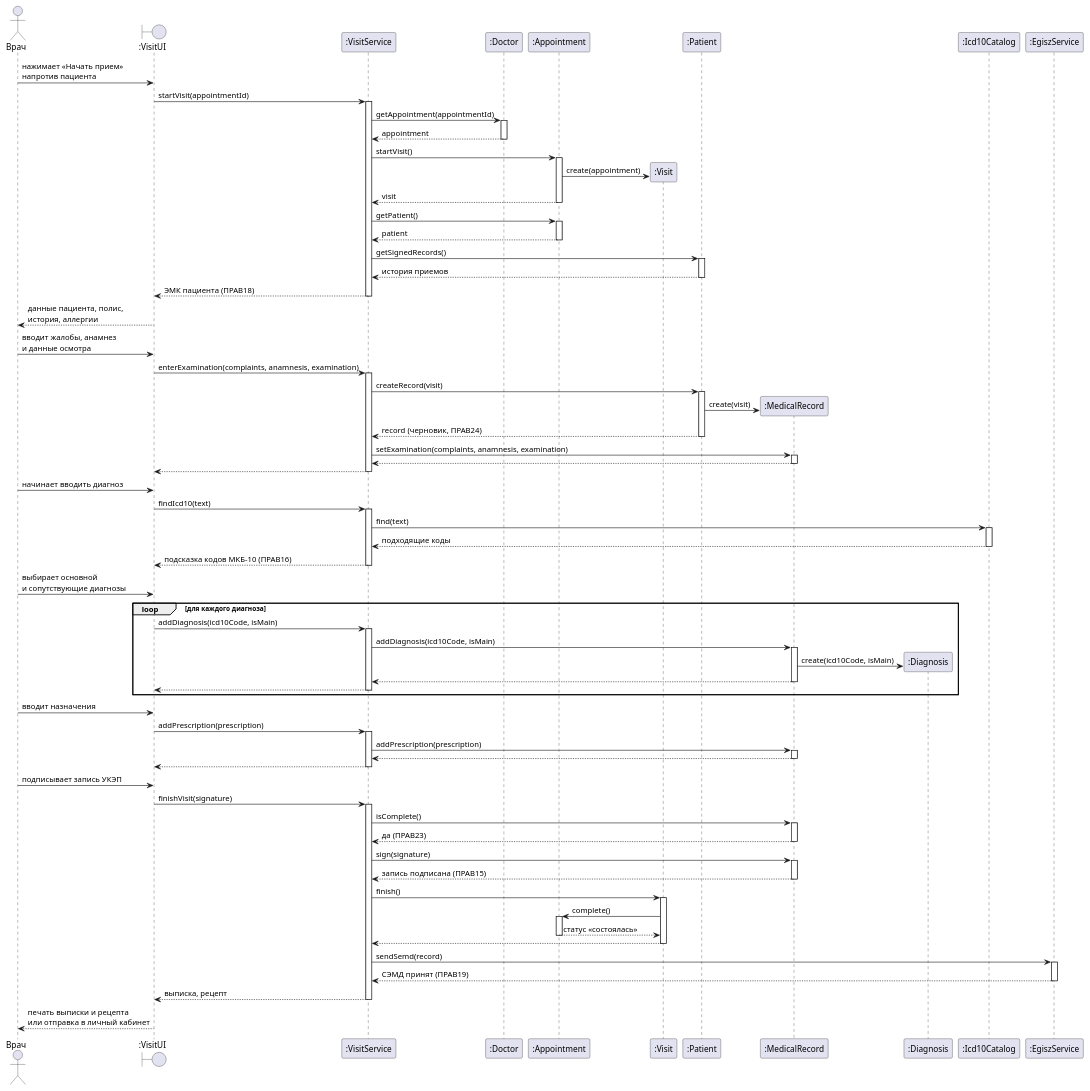
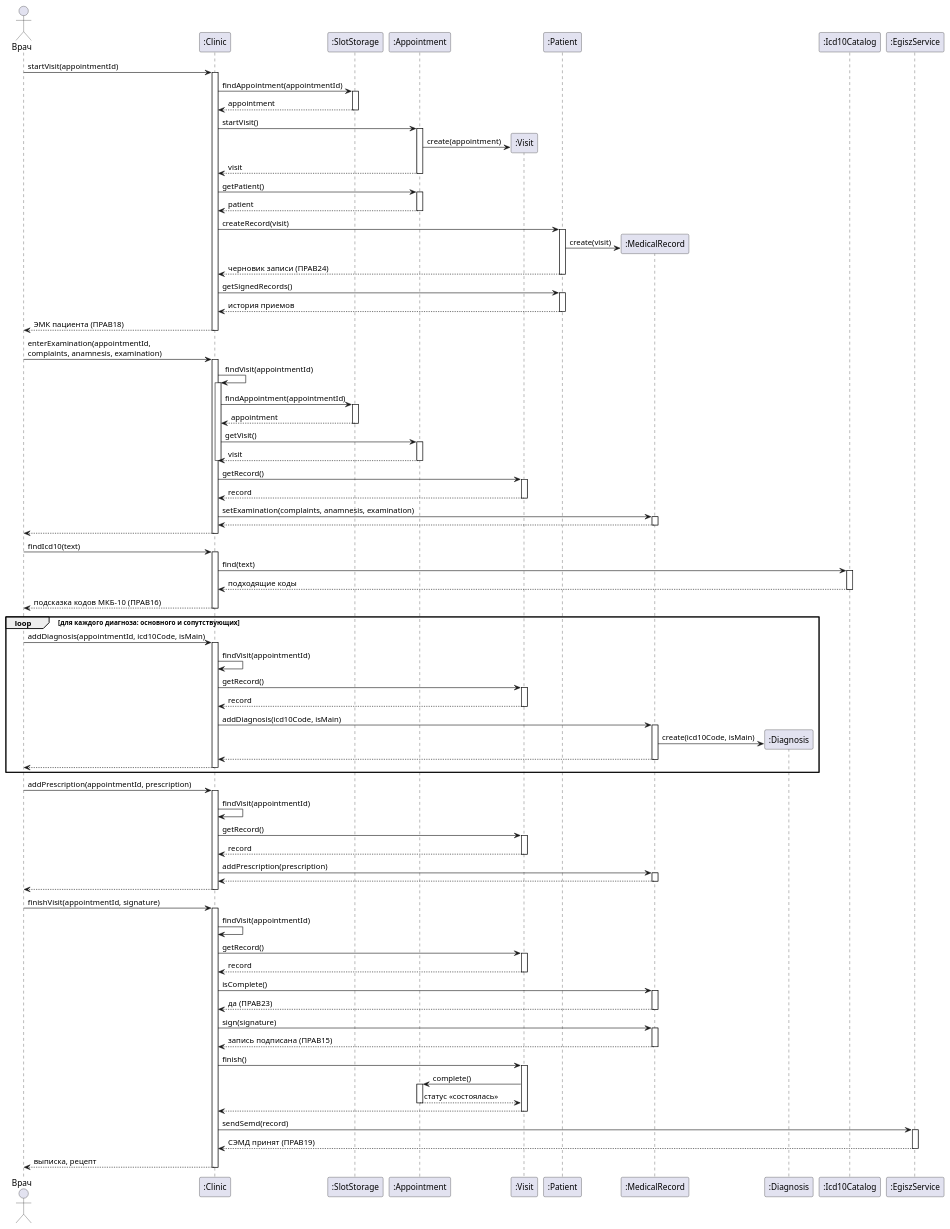
One commit to penamarth/bsbo-11-24_team3_var3_clinic changed the diagram in Прецеденты/Прием пациента и ведение медкарты/Диаграмма последовательности Прием пациента и ведение медкарты.md. Above: the diagram before and after it, drawn with PlantUML. The commit also changed other lines of this file and 1 other file, not shown here.

Commit message:
последовательность приема

````diff
--- a/Прецеденты/Прием пациента и ведение медкарты/Диаграмма последовательности Прием пациента и ведение медкарты.md
+++ b/Прецеденты/Прием пациента и ведение медкарты/Диаграмма последовательности Прием пациента и ведение медкарты.md
@@ -7,9 +7,8 @@
 ```plantuml
 @startuml visit-sequence
 actor Врач
-boundary ":VisitUI" as UI
-participant ":VisitService" as S
-participant ":Doctor" as D
+participant ":Clinic" as C
+participant ":SlotStorage" as SS
 participant ":Appointment" as A
 participant ":Visit" as V
 participant ":Patient" as P
@@ -18,63 +17,73 @@
 participant ":Icd10Catalog" as ICD
 participant ":EgiszService" as E
 
-Врач -> UI : нажимает «Начать прием»\nнапротив пациента
-UI -> S ++ : startVisit(appointmentId)
-S -> D ++ : getAppointment(appointmentId)
-D --> S -- : appointment
-S -> A ++ : startVisit()
+Врач -> C ++ : startVisit(appointmentId)
+C -> SS ++ : findAppointment(appointmentId)
+SS --> C -- : appointment
+C -> A ++ : startVisit()
 A -> V ** : create(appointment)
-A --> S -- : visit
-S -> A ++ : getPatient()
-A --> S -- : patient
-S -> P ++ : getSignedRecords()
-P --> S -- : история приемов
-S --> UI -- : ЭМК пациента (ПРАВ18)
-UI --> Врач : данные пациента, полис,\nистория, аллергии
+A --> C -- : visit
+C -> A ++ : getPatient()
+A --> C -- : patient
+C -> P ++ : createRecord(visit)
+P -> MR ** : create(visit)
+P --> C -- : черновик записи (ПРАВ24)
+C -> P ++ : getSignedRecords()
+P --> C -- : история приемов
+C --> Врач -- : ЭМК пациента (ПРАВ18)
 
-Врач -> UI : вводит жалобы, анамнез\nи данные осмотра
-UI -> S ++ : enterExamination(complaints, anamnesis, examination)
-S -> P ++ : createRecord(visit)
-P -> MR ** : create(visit)
-P --> S -- : record (черновик, ПРАВ24)
-S -> MR ++ : setExamination(complaints, anamnesis, examination)
-MR --> S --
-S --> UI --
+Врач -> C ++ : enterExamination(appointmentId,\ncomplaints, anamnesis, examination)
+C -> C ++ : findVisit(appointmentId)
+C -> SS ++ : findAppointment(appointmentId)
+SS --> C -- : appointment
+C -> A ++ : getVisit()
+A --> C -- : visit
+deactivate C
+C -> V ++ : getRecord()
+V --> C -- : record
+C -> MR ++ : setExamination(complaints, anamnesis, examination)
+MR --> C --
+C --> Врач --
 
-Врач -> UI : начинает вводить диагноз
-UI -> S ++ : findIcd10(text)
-S -> ICD ++ : find(text)
-ICD --> S -- : подходящие коды
-S --> UI -- : подсказка кодов МКБ-10 (ПРАВ16)
-Врач -> UI : выбирает основной\nи сопутствующие диагнозы
-loop для каждого диагноза
-  UI -> S ++ : addDiagnosis(icd10Code, isMain)
-  S -> MR ++ : addDiagnosis(icd10Code, isMain)
+Врач -> C ++ : findIcd10(text)
+C -> ICD ++ : find(text)
+ICD --> C -- : подходящие коды
+C --> Врач -- : подсказка кодов МКБ-10 (ПРАВ16)
+
+loop для каждого диагноза: основного и сопутствующих
+  Врач -> C ++ : addDiagnosis(appointmentId, icd10Code, isMain)
+  C -> C : findVisit(appointmentId)
+  C -> V ++ : getRecord()
+  V --> C -- : record
+  C -> MR ++ : addDiagnosis(icd10Code, isMain)
   MR -> Dg ** : create(icd10Code, isMain)
-  MR --> S --
-  S --> UI --
+  MR --> C --
+  C --> Врач --
 end
 
-Врач -> UI : вводит назначения
-UI -> S ++ : addPrescription(prescription)
-S -> MR ++ : addPrescription(prescription)
-MR --> S --
-S --> UI --
+Врач -> C ++ : addPrescription(appointmentId, prescription)
+C -> C : findVisit(appointmentId)
+C -> V ++ : getRecord()
+V --> C -- : record
+C -> MR ++ : addPrescription(prescription)
+MR --> C --
+C --> Врач --
 
-Врач -> UI : подписывает запись УКЭП
-UI -> S ++ : finishVisit(signature)
-S -> MR ++ : isComplete()
-MR --> S -- : да (ПРАВ23)
-S -> MR ++ : sign(signature)
-MR --> S -- : запись подписана (ПРАВ15)
-S -> V ++ : finish()
+Врач -> C ++ : finishVisit(appointmentId, signature)
+C -> C : findVisit(appointmentId)
+C -> V ++ : getRecord()
+V --> C -- : record
+C -> MR ++ : isComplete()
+MR --> C -- : да (ПРАВ23)
+C -> MR ++ : sign(signature)
+MR --> C -- : запись подписана (ПРАВ15)
+C -> V ++ : finish()
 V -> A ++ : complete()
 A --> V -- : статус «состоялась»
-V --> S --
-S -> E ++ : sendSemd(record)
-E --> S -- : СЭМД принят (ПРАВ19)
-S --> UI -- : выписка, рецепт
-UI --> Врач : печать выписки и рецепта\nили отправка в личный кабинет
+V --> C --
+C -> E ++ : sendSemd(record)
+E --> C -- : СЭМД принят (ПРАВ19)
+C --> Врач -- : выписка, рецепт
 
 @enduml
 ```
````
